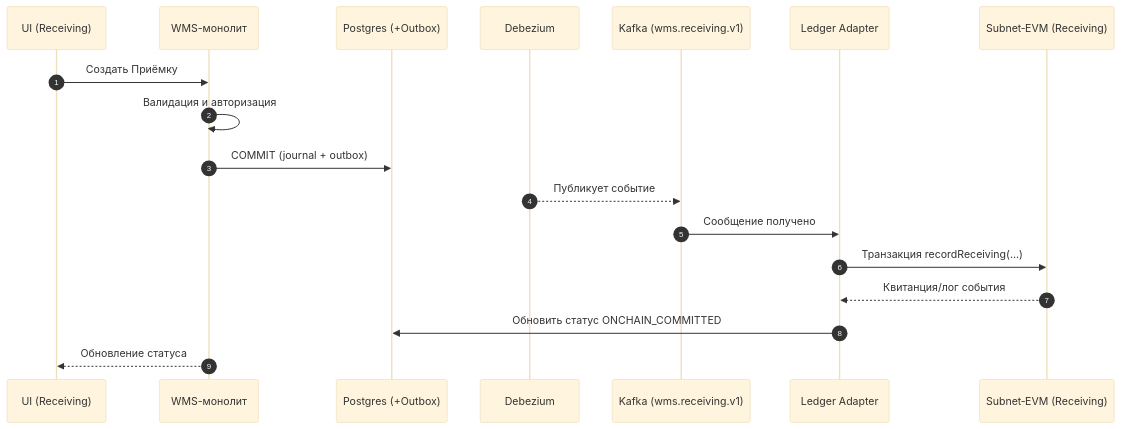
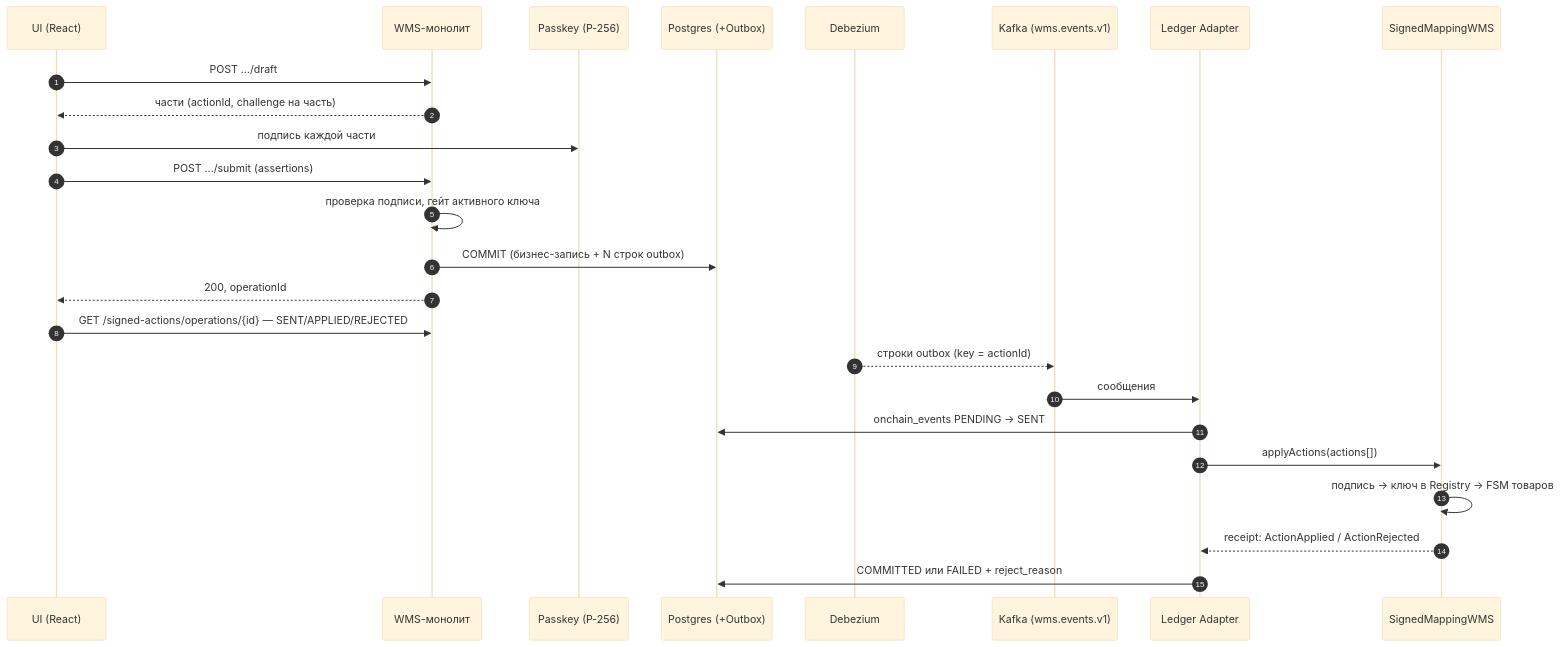
Before and after one commit to oglenyaboss/avalanche-wms: the second of 2 diagrams in docs/architecture/system-overview.md, drawn with Mermaid (base theme). The commit also changed other lines of this file and 8 other files, not shown here.

````diff
--- a/docs/architecture/system-overview.md
+++ b/docs/architecture/system-overview.md
@@ -196,21 +162,28 @@
 ```mermaid
 sequenceDiagram
   autonumber
-  participant UI as UI (Receiving)
+  participant UI as UI (React)
   participant WMS as WMS-монолит
+  participant PK as Passkey (P-256)
   participant PG as Postgres (+Outbox)
   participant DBZ as Debezium
-  participant K as Kafka (wms.receiving.v1)
+  participant K as Kafka (wms.events.v1)
   participant LAD as Ledger Adapter
-  participant CH as Subnet‑EVM (Receiving)
+  participant CH as SignedMappingWMS
 
-  UI->>WMS: Создать Приёмку
-  WMS->>WMS: Валидация и авторизация
-  WMS->>PG: COMMIT (journal + outbox)
-  DBZ-->>K: Публикует событие
-  K->>LAD: Сообщение получено
-  LAD->>CH: Транзакция recordReceiving(...)
-  CH-->>LAD: Квитанция/лог события
-  LAD->>PG: Обновить статус ONCHAIN_COMMITTED
-  WMS-->>UI: Обновление статуса
+  UI->>WMS: POST …/draft
+  WMS-->>UI: части (actionId, challenge на часть)
+  UI->>PK: подпись каждой части
+  UI->>WMS: POST …/submit (assertions)
+  WMS->>WMS: проверка подписи, гейт активного ключа
+  WMS->>PG: COMMIT (бизнес-запись + N строк outbox)
+  WMS-->>UI: 200, operationId
+  UI->>WMS: GET /signed-actions/operations/{id} — SENT/APPLIED/REJECTED
+  DBZ-->>K: строки outbox (key = actionId)
+  K->>LAD: сообщения
+  LAD->>PG: onchain_events PENDING → SENT
+  LAD->>CH: applyActions(actions[])
+  CH->>CH: подпись → ключ в Registry → FSM товаров
+  CH-->>LAD: receipt: ActionApplied / ActionRejected
+  LAD->>PG: COMMITTED или FAILED + reject_reason
 ```
````
